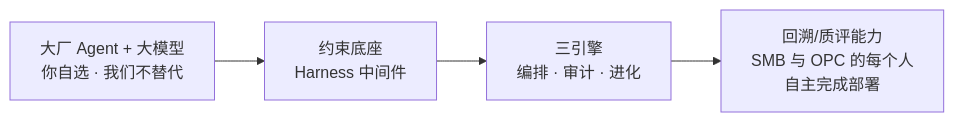
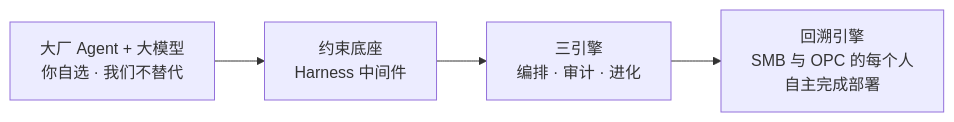
Before and after one commit to KongFangXun/sofagent: the diagram in FDE/FDE.md, drawn with Mermaid. The commit also changed other lines of this file and 9 other files, not shown here.

````diff
--- a/FDE/FDE.md
+++ b/FDE/FDE.md
@@ -49,6 +49,6 @@
 ```mermaid
 graph LR
     A[大厂 Agent + 大模型<br/>你自选 · 我们不替代] --> B[约束底座<br/>Harness 中间件]
     B --> C[三引擎<br/>编排 · 审计 · 进化]
-    C --> D[回溯/质评能力<br/>SMB 与 OPC 的每个人<br/>自主完成部署]
+    C --> D[回溯引擎<br/>SMB 与 OPC 的每个人<br/>自主完成部署]
 ```
````
